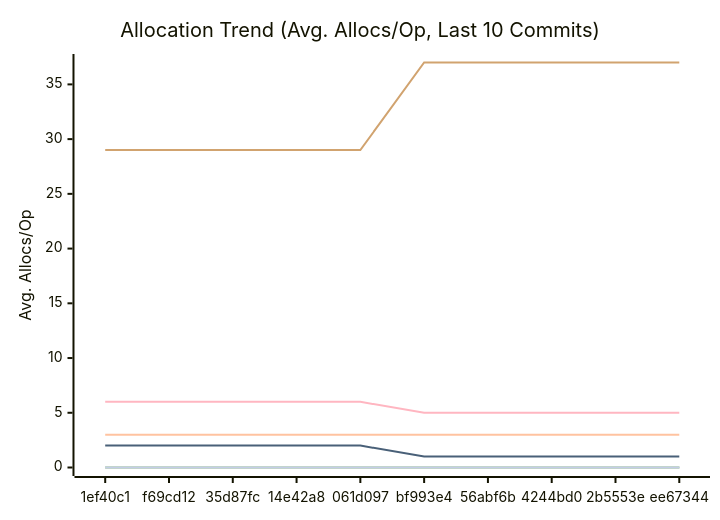
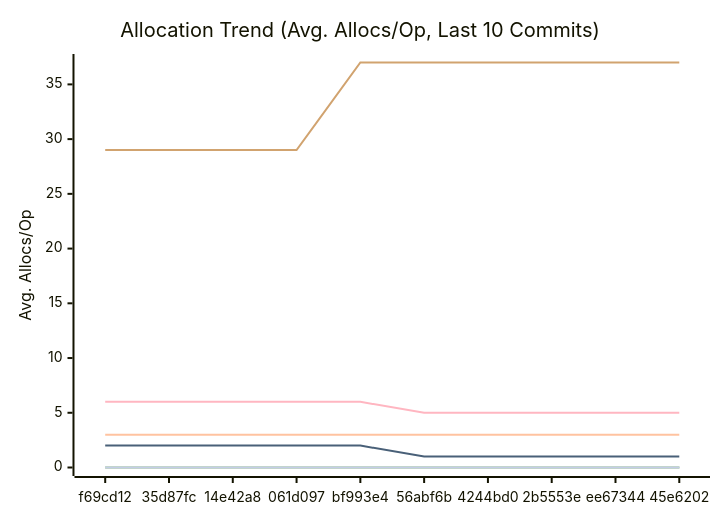
One commit to alsotoes/momo changed the third of 3 diagrams in docs/PERFORMANCE.md. Above: the diagram before and after it, drawn with Mermaid. The commit also changed other lines of this file and 2 other files, not shown here.

````diff
--- a/docs/PERFORMANCE.md
+++ b/docs/PERFORMANCE.md
@@ -114,16 +114,16 @@
 ```mermaid
 xychart-beta
     title "Allocation Trend (Avg. Allocs/Op, Last 10 Commits)"
     x-axis "Commit"
     y-axis "Avg. Allocs/Op"
-    x-axis [1ef40c1,f69cd12,35d87fc,14e42a8,061d097,bf993e4,56abf6b,4244bd0,2b5553e,ee67344]
+    x-axis [f69cd12,35d87fc,14e42a8,061d097,bf993e4,56abf6b,4244bd0,2b5553e,ee67344,45e6202]
     line "CheckMetricsAndSwap" [0,0,0,0,0,0,0,0,0,0]
     line "CrushOptimized" [0,0,0,0,0,0,0,0,0,0]
     line "CrushOriginal" [3,3,3,3,3,3,3,3,3,3]
     line "IndexDirectTracking" [0,0,0,0,0,0,0,0,0,0]
     line "IndexSearch" [0,0,0,0,0,0,0,0,0,0]
-    line "LoadGlobalConfig" [29,29,29,29,29,37,37,37,37,37]
+    line "LoadGlobalConfig" [29,29,29,29,37,37,37,37,37,37]
     line "PadString" [0,0,0,0,0,0,0,0,0,0]
     line "ParseReplicationOrder_NoPrealloc" [6,6,6,6,6,5,5,5,5,5]
     line "ParseReplicationOrder_Prealloc" [2,2,2,2,2,1,1,1,1,1]
 ```
````
